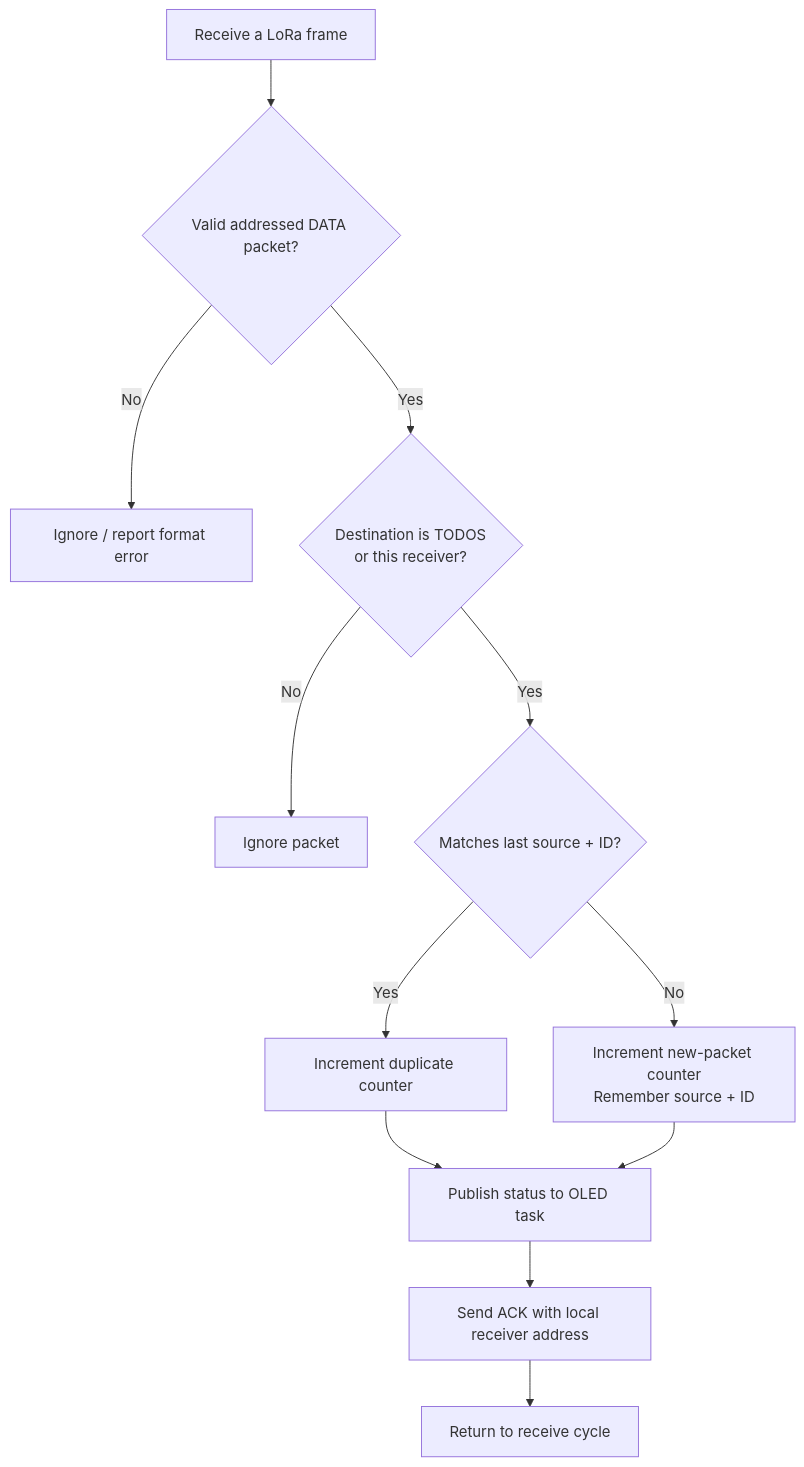
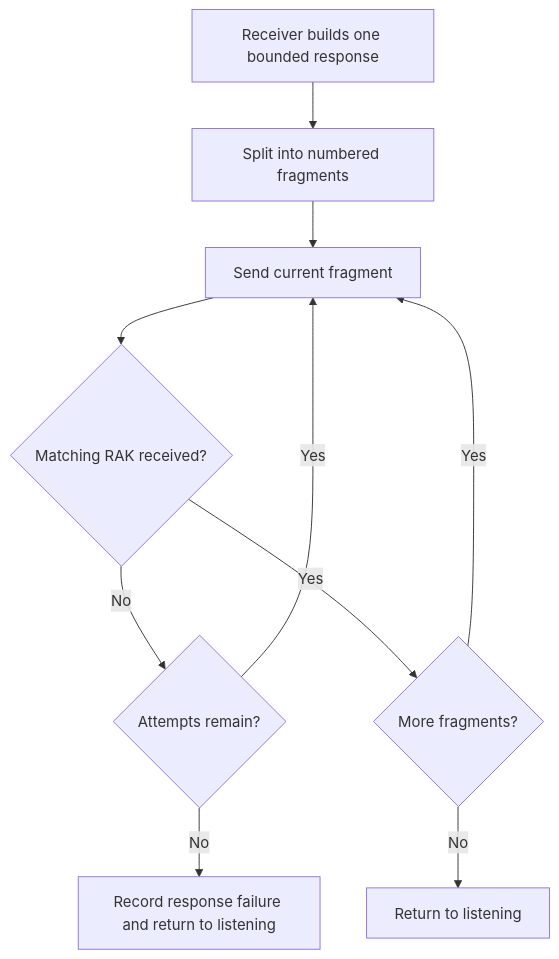
One commit to paulocfmarques-collab/ESP32Lora changed the third of 8 diagrams in README.md. Above: the diagram before and after it, drawn with Mermaid. The commit also changed other lines of this file and 61 other files, not shown here.

````diff
--- a/README.md
+++ b/README.md
@@ -346,14 +207,12 @@
 ```mermaid
 flowchart TD
-    RECEIVE["Receive a LoRa frame"] --> VALID{"Valid addressed DATA packet?"}
-    VALID -->|No| IGNORE["Ignore / report format error"]
-    VALID -->|Yes| DEST{"Destination is TODOS<br/>or this receiver?"}
-    DEST -->|No| SKIP["Ignore packet"]
-    DEST -->|Yes| DUP{"Matches last source + ID?"}
-    DUP -->|Yes| COUNTD["Increment duplicate counter"]
-    DUP -->|No| COUNTN["Increment new-packet counter<br/>Remember source + ID"]
-    COUNTD --> STATUS["Publish status to OLED task"]
-    COUNTN --> STATUS
-    STATUS --> ACK["Send ACK with local receiver address"]
-    ACK --> WAIT["Return to receive cycle"]
+    build["Receiver builds one bounded response"] --> SPLIT["Split into numbered fragments"]
+    SPLIT --> SEND["Send current fragment"]
+    SEND --> ACK{"Matching RAK received?"}
+    ACK -->|No| RETRY{"Attempts remain?"}
+    RETRY -->|Yes| SEND
+    RETRY -->|No| FAIL["Record response failure and return to listening"]
+    ACK -->|Yes| MORE{"More fragments?"}
+    MORE -->|Yes| SEND
+    MORE -->|No| DONE["Return to listening"]
 ```
````
